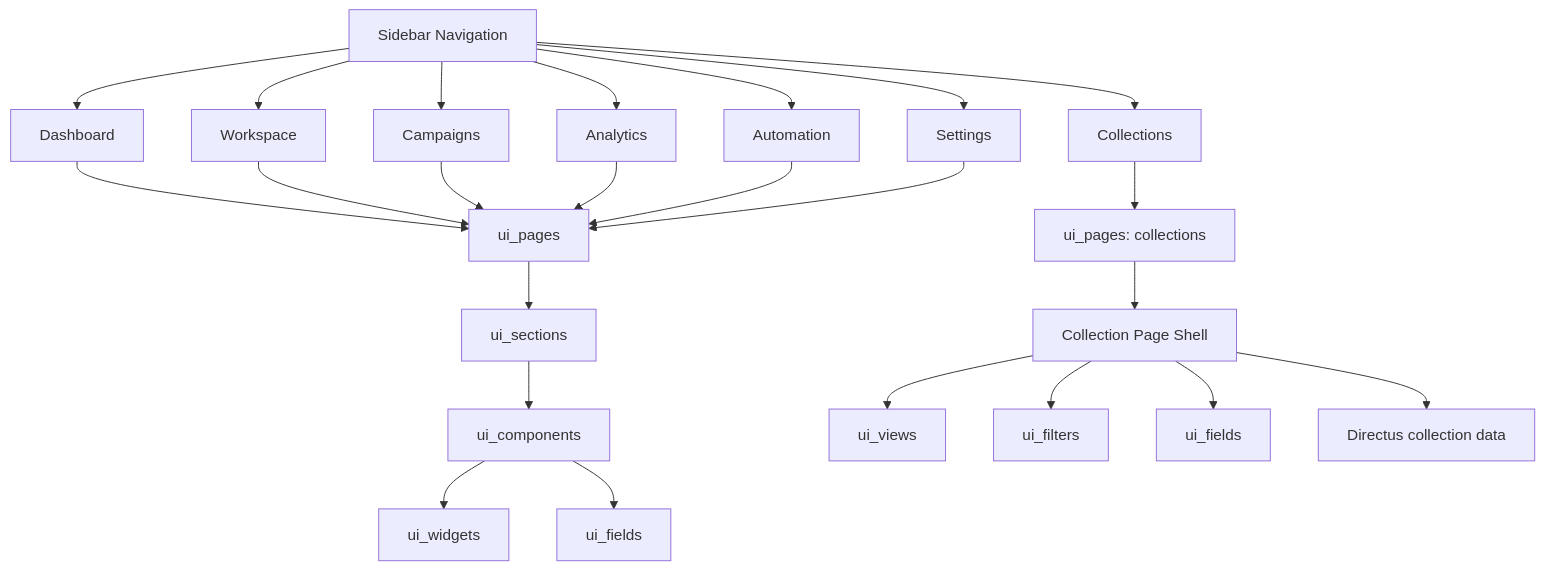
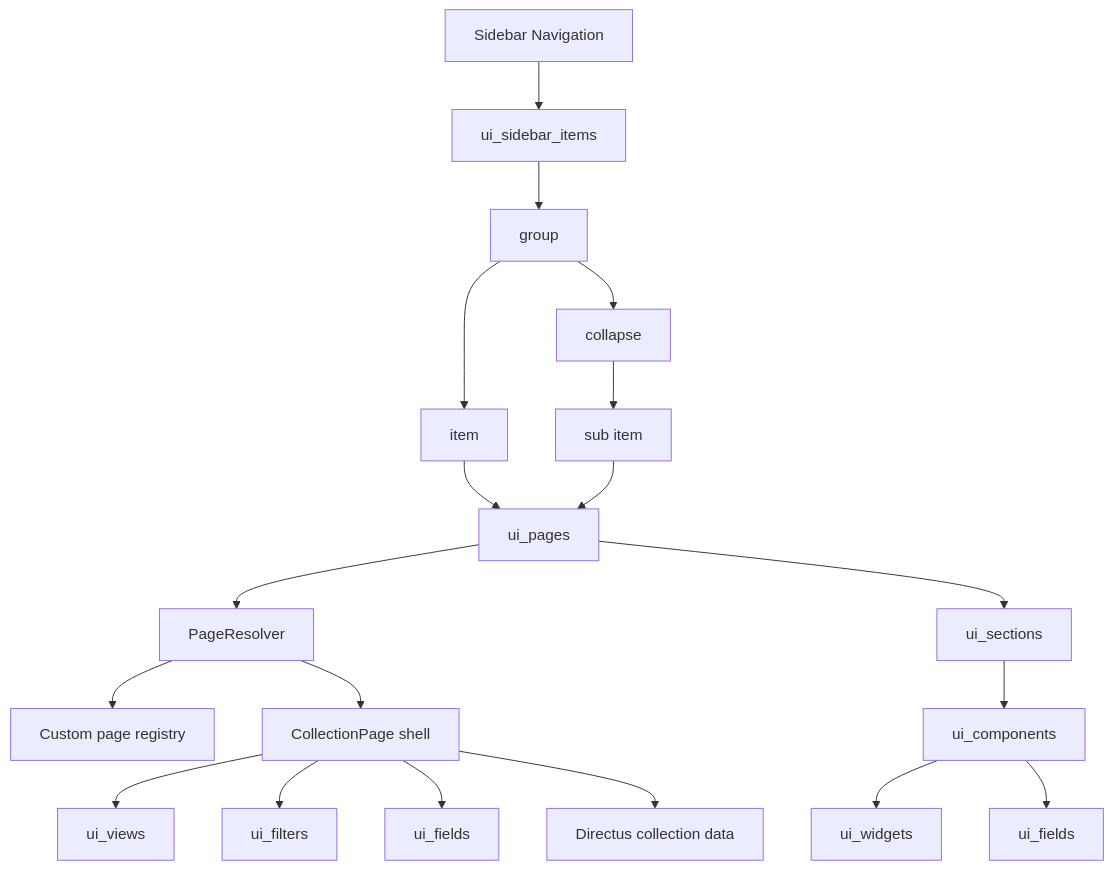
The second of 4 diagrams in docs/architecture.md (tmt203/cx2.0), drawn with Mermaid before and after one commit. The commit also changed other lines of this file and 13 other files, not shown here.

````diff
--- a/docs/architecture.md
+++ b/docs/architecture.md
@@ -169,31 +185,26 @@
 ```mermaid
 flowchart TD
     Sidebar[Sidebar Navigation]
 
-    Sidebar --> Dashboard[Dashboard]
-    Sidebar --> Workspace[Workspace]
-    Sidebar --> Campaigns[Campaigns]
-    Sidebar --> Analytics[Analytics]
-    Sidebar --> Automation[Automation]
-    Sidebar --> Settings[Settings]
-    Sidebar --> Collections[Collections]
+    Sidebar --> SidebarItems[ui_sidebar_items]
+    SidebarItems --> Group[group]
+    Group --> Item[item]
+    Group --> Collapse[collapse]
+    Collapse --> SubItem[sub item]
 
-    Dashboard --> Pages[ui_pages]
-    Workspace --> Pages
-    Campaigns --> Pages
-    Analytics --> Pages
-    Automation --> Pages
-    Settings --> Pages
-    Collections --> CollectionsPage[ui_pages: collections]
+    Item --> Page[ui_pages]
+    SubItem --> Page
+    Page --> Resolver[PageResolver]
+    Resolver --> Custom[Custom page registry]
+    Resolver --> CollectionShell[CollectionPage shell]
 
-    Pages --> Sections[ui_sections]
+    Page --> Sections[ui_sections]
     Sections --> Components[ui_components]
     Components --> Widgets[ui_widgets]
     Components --> FieldConfig[ui_fields]
 
-    CollectionsPage --> CollectionShell[Collection Page Shell]
     CollectionShell --> CollectionViews[ui_views]
     CollectionShell --> CollectionFilters[ui_filters]
     CollectionShell --> CollectionFields[ui_fields]
     CollectionShell --> DirectusCollection[Directus collection data]
 ```
````
